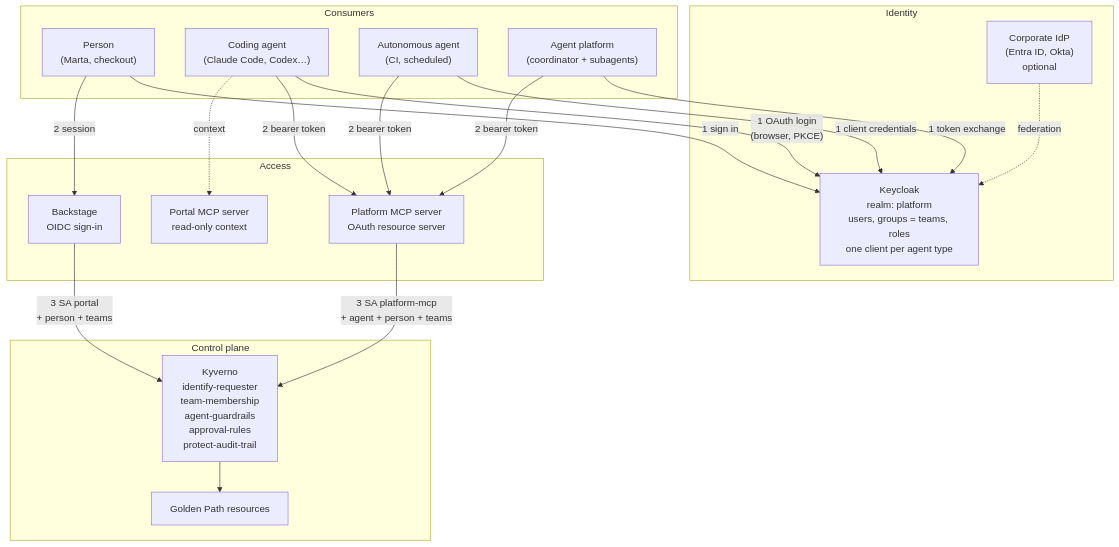
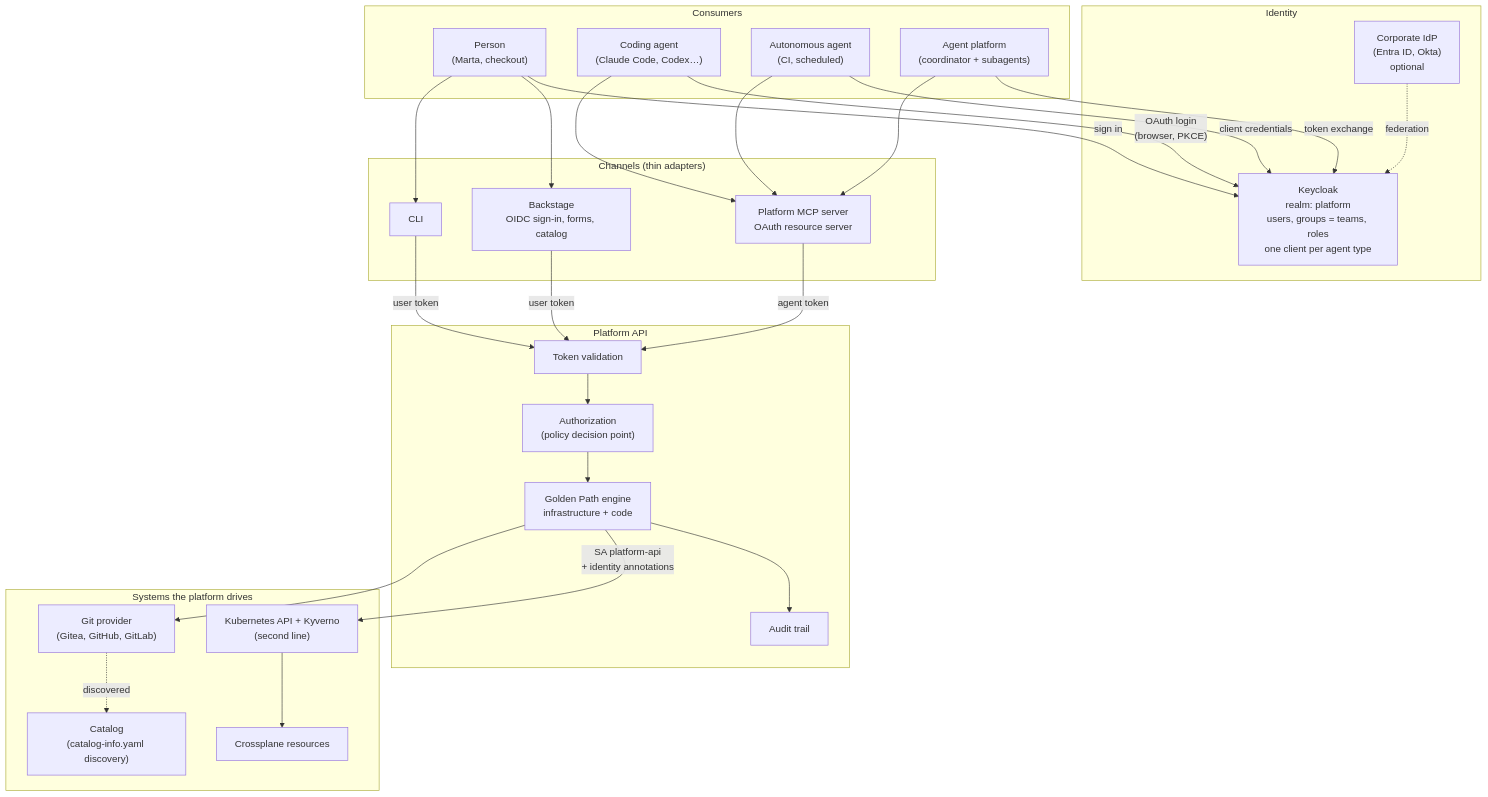
Before and after one commit to jaruizes/platform-engineering-starter-kit-ai-era: the second of 7 diagrams in docs/identity-and-access.md, drawn with Mermaid. The commit also changed other lines of this file, not shown here.

First line of the commit message:
docs: channel-independent platform API and two-line authorization

````diff
--- a/docs/identity-and-access.md
+++ b/docs/identity-and-access.md
@@ -84,41 +129,56 @@
 ```mermaid
 flowchart TB
     subgraph consumers["Consumers"]
         person["Person<br/>(Marta, checkout)"]
         agentc["Coding agent<br/>(Claude Code, Codex…)"]
         auto["Autonomous agent<br/>(CI, scheduled)"]
         agentp["Agent platform<br/>(coordinator + subagents)"]
     end
 
     subgraph identity["Identity"]
         corp["Corporate IdP<br/>(Entra ID, Okta)<br/>optional"]
         kc["Keycloak<br/>realm: platform<br/>users, groups = teams, roles<br/>one client per agent type"]
     end
 
-    subgraph access["Access"]
-        portal["Backstage<br/>OIDC sign-in"]
+    subgraph adapters["Channels (thin adapters)"]
+        portal["Backstage<br/>OIDC sign-in, forms, catalog"]
         mcp["Platform MCP server<br/>OAuth resource server"]
-        pmcp["Portal MCP server<br/>read-only context"]
+        cli["CLI"]
     end
 
-    subgraph control["Control plane"]
-        kyverno["Kyverno<br/>identify-requester<br/>team-membership<br/>agent-guardrails<br/>approval-rules<br/>protect-audit-trail"]
-        xr["Golden Path resources"]
+    subgraph core["Platform API"]
+        authn["Token validation"]
+        pdp["Authorization<br/>(policy decision point)"]
+        gp["Golden Path engine<br/>infrastructure + code"]
+        audit["Audit trail"]
+    end
+
+    subgraph backends["Systems the platform drives"]
+        kyverno["Kubernetes API + Kyverno<br/>(second line)"]
+        xr["Crossplane resources"]
+        git["Git provider<br/>(Gitea, GitHub, GitLab)"]
+        cat["Catalog<br/>(catalog-info.yaml discovery)"]
     end
 
     corp -. "federation" .-> kc
-    person -- "1 sign in" --> kc
-    agentc -- "1 OAuth login<br/>(browser, PKCE)" --> kc
-    auto -- "1 client credentials" --> kc
-    agentp -- "1 token exchange" --> kc
+    person -- "sign in" --> kc
+    agentc -- "OAuth login<br/>(browser, PKCE)" --> kc
+    auto -- "client credentials" --> kc
+    agentp -- "token exchange" --> kc
 
-    person -- "2 session" --> portal
-    agentc -- "2 bearer token" --> mcp
-    auto -- "2 bearer token" --> mcp
-    agentp -- "2 bearer token" --> mcp
-    agentc -. "context" .-> pmcp
+    person --> portal
+    person --> cli
+    agentc --> mcp
+    auto --> mcp
+    agentp --> mcp
 
-    portal -- "3 SA portal<br/>+ person + teams" --> kyverno
-    mcp -- "3 SA platform-mcp<br/>+ agent + person + teams" --> kyverno
+    portal -- "user token" --> authn
+    mcp -- "agent token" --> authn
+    cli -- "user token" --> authn
+    authn --> pdp --> gp
+    gp --> audit
+    gp -- "SA platform-api<br/>+ identity annotations" --> kyverno
     kyverno --> xr
+    gp --> git
+    git -. "discovered" .-> cat
 ```
````
